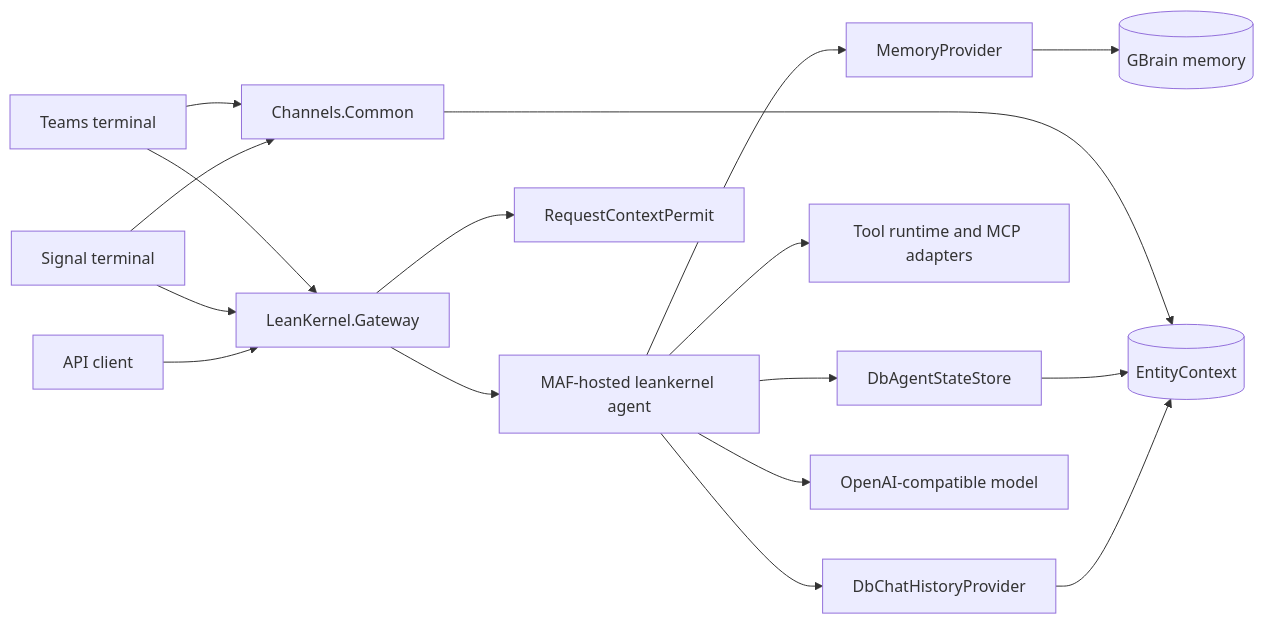
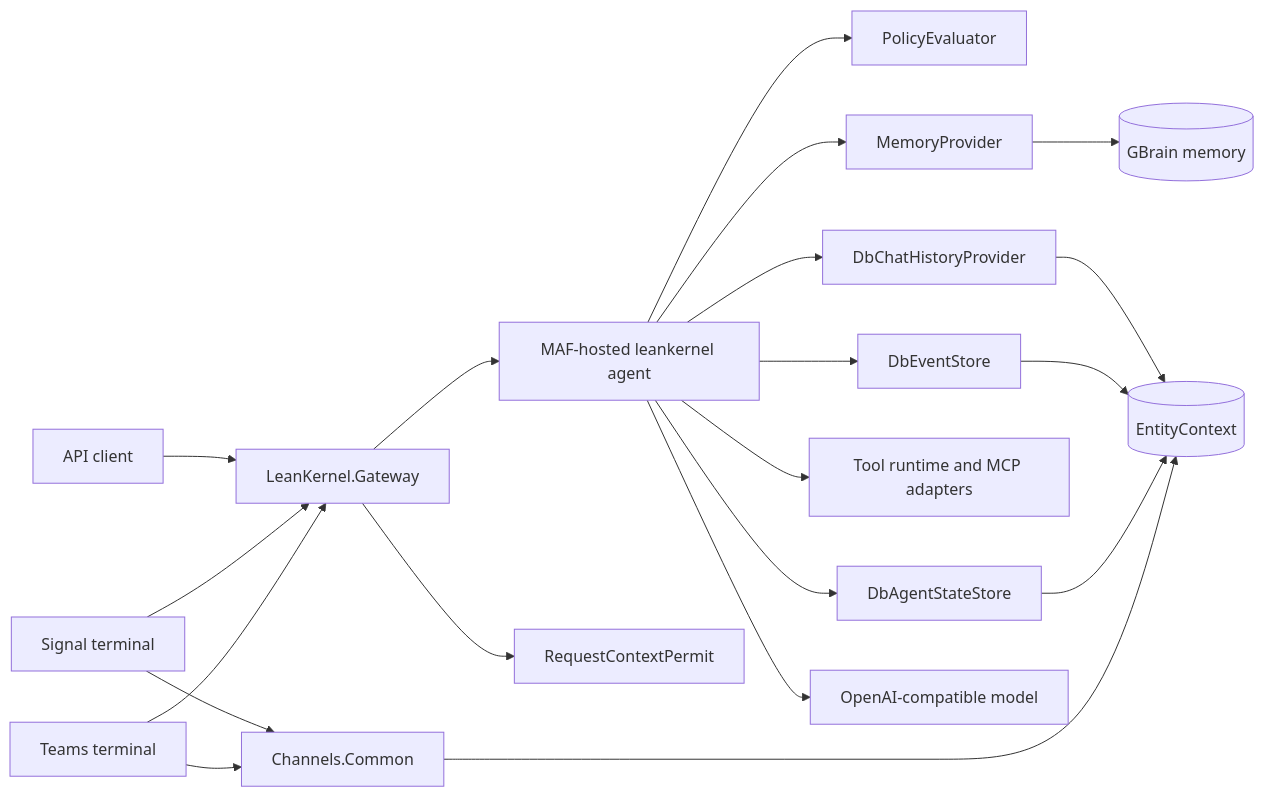
One commit to achingono/leankernel changed the diagram in docs/architecture/index.md. Above: the diagram before and after it, drawn with Mermaid. The commit also changed other lines of this file and 54 other files, not shown here.

Commit message:
feat: implement phase 20 identity policy event spine

````diff
--- a/docs/architecture/index.md
+++ b/docs/architecture/index.md
@@ -16,19 +16,22 @@
 ```mermaid
 flowchart LR
     Client[API client] --> Gateway[LeanKernel.Gateway]
     Gateway --> Agent[MAF-hosted leankernel agent]
     Gateway --> Permit[RequestContextPermit]
+    Agent --> Policy[PolicyEvaluator]
     Agent --> History[DbChatHistoryProvider]
+    Agent --> EventStore[DbEventStore]
     Agent --> Memory[MemoryProvider]
     Agent --> Tools[Tool runtime and MCP adapters]
     Agent --> SessionStore[DbAgentStateStore]
     History --> Db[(EntityContext)]
+    EventStore --> Db
     SessionStore --> Db
     Memory --> GBrain[(GBrain memory)]
     Agent --> Model[OpenAI-compatible model]
     Signal[Signal terminal] --> Shared[Channels.Common]
     Teams[Teams terminal] --> Shared
     Signal --> Gateway
     Teams --> Gateway
     Shared --> Db
 ```
````
